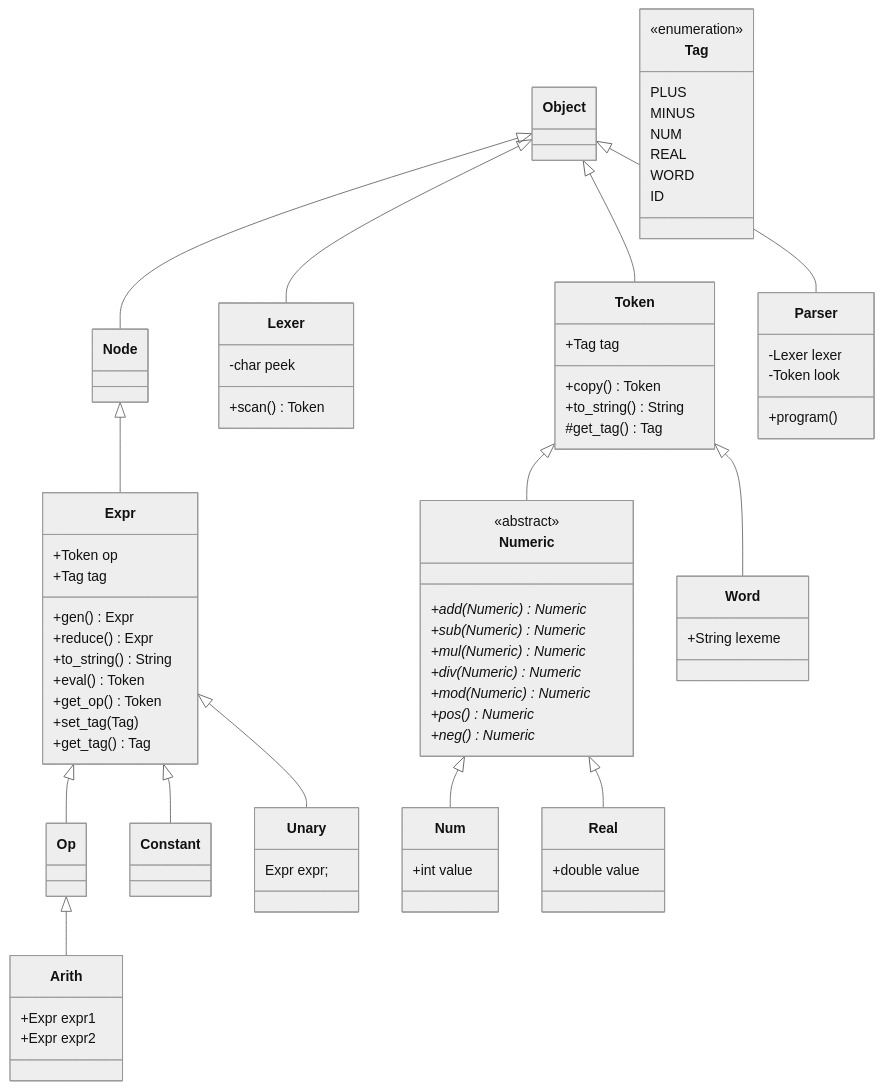
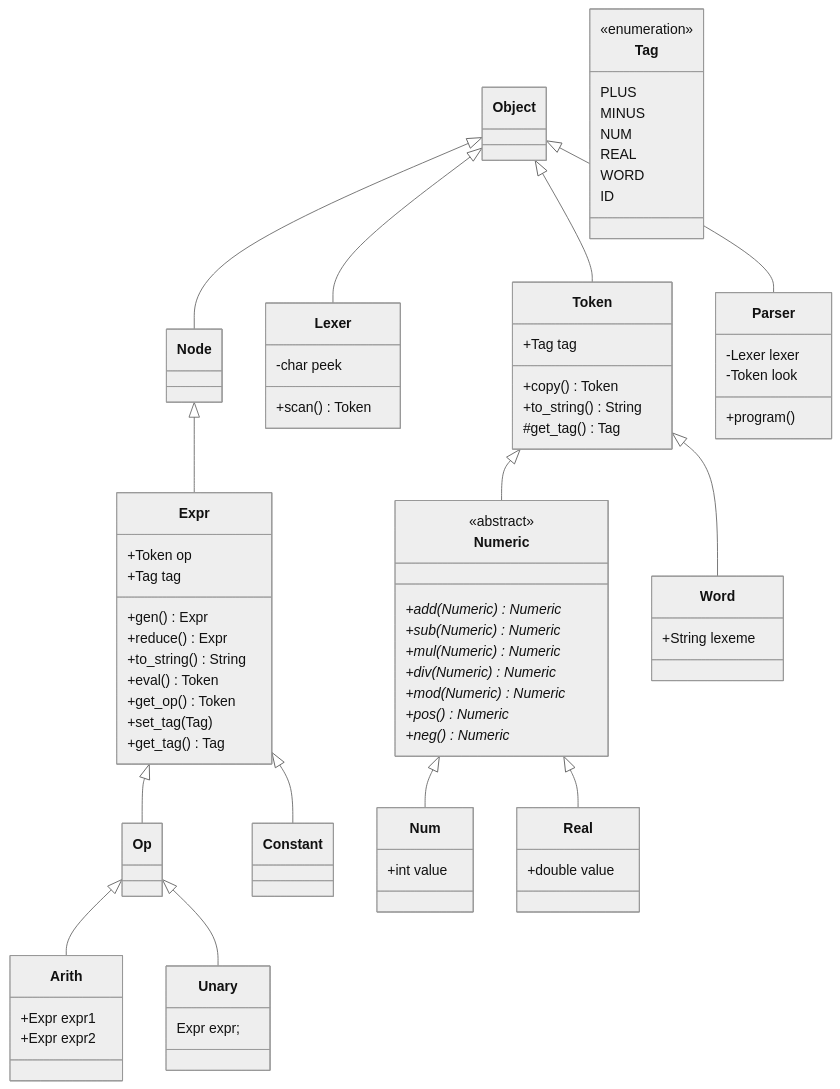
Before and after one commit to nwhean/42_computorv: the diagram in diagram.md, drawn with Mermaid (neutral theme).

Commit message:
Correct class diagram to show Unary as a subclass of Op

```diff
--- a/diagram.md
+++ b/diagram.md
@@ -26,7 +26,7 @@
 
 	Object <|-- Node
 	Expr <|-- Op
-	Expr <|-- Unary
+	Op <|-- Unary
 
 	class Unary {
 		Expr expr;
```
